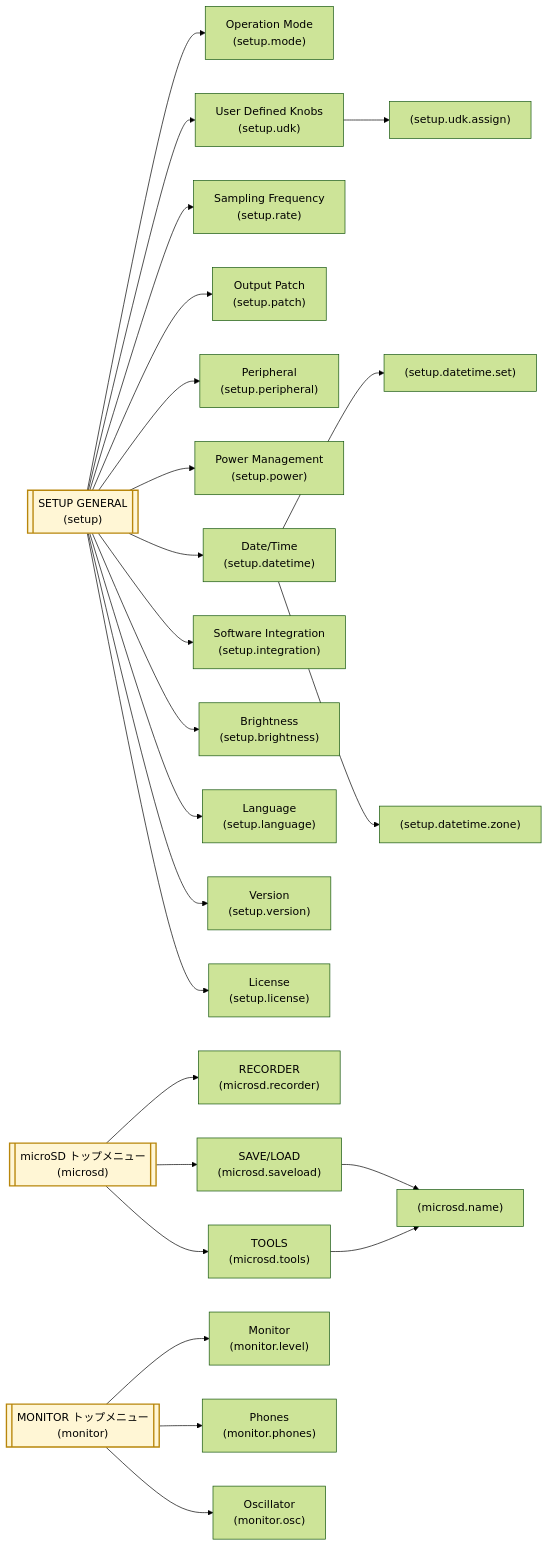
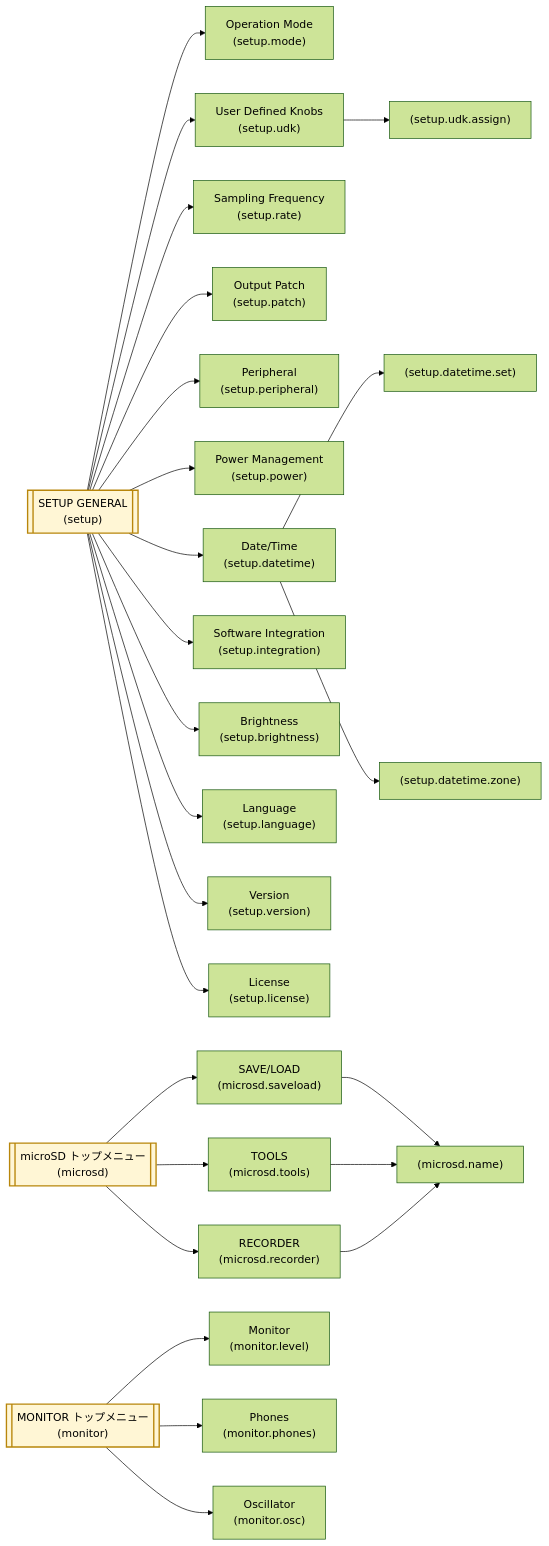
Before and after one commit to semnil/urx-lcd-sim: the third of 3 diagrams in docs/ja/screen-map.md, drawn with Mermaid (forest theme). The commit also changed other lines of this file and 1 other file, not shown here.

````diff
--- a/docs/ja/screen-map.md
+++ b/docs/ja/screen-map.md
@@ -60,32 +60,33 @@
 ```mermaid
 flowchart LR
   SETUP[["SETUP GENERAL<br>(setup)"]]:::ref
   SETUP --> SMODE["Operation Mode<br>(setup.mode)"]
   SETUP --> SUDK["User Defined Knobs<br>(setup.udk)"]
   SUDK --> SUDKA["(setup.udk.assign)"]
   SETUP --> SRATE["Sampling Frequency<br>(setup.rate)"]
   SETUP --> SPATCH["Output Patch<br>(setup.patch)"]
   SETUP --> SPER["Peripheral<br>(setup.peripheral)"]
   SETUP --> SPOW["Power Management<br>(setup.power)"]
   SETUP --> SDT["Date/Time<br>(setup.datetime)"]
   SDT --> SDTS["(setup.datetime.set)"]
   SDT --> SDTZ["(setup.datetime.zone)"]
   SETUP --> SINT["Software Integration<br>(setup.integration)"]
   SETUP --> SBRI["Brightness<br>(setup.brightness)"]
   SETUP --> SLANG["Language<br>(setup.language)"]
   SETUP --> SVER["Version<br>(setup.version)"]
   SETUP --> SLIC["License<br>(setup.license)"]
 
   SD[["microSD トップメニュー<br>(microsd)"]]:::ref
   SD --> SDREC["RECORDER<br>(microsd.recorder)"]
   SD --> SDSL["SAVE/LOAD<br>(microsd.saveload)"]
   SD --> SDTOOL["TOOLS<br>(microsd.tools)"]
   SDSL --> SDNAME["(microsd.name)"]
   SDTOOL --> SDNAME
+  SDREC --> SDNAME
 
   MON[["MONITOR トップメニュー<br>(monitor)"]]:::ref
   MON --> MLEV["Monitor<br>(monitor.level)"]
   MON --> MPH["Phones<br>(monitor.phones)"]
   MON --> MOSC["Oscillator<br>(monitor.osc)"]
   classDef ref fill:#fff6d5,stroke:#b8860b,stroke-width:2px;
 ```
````
